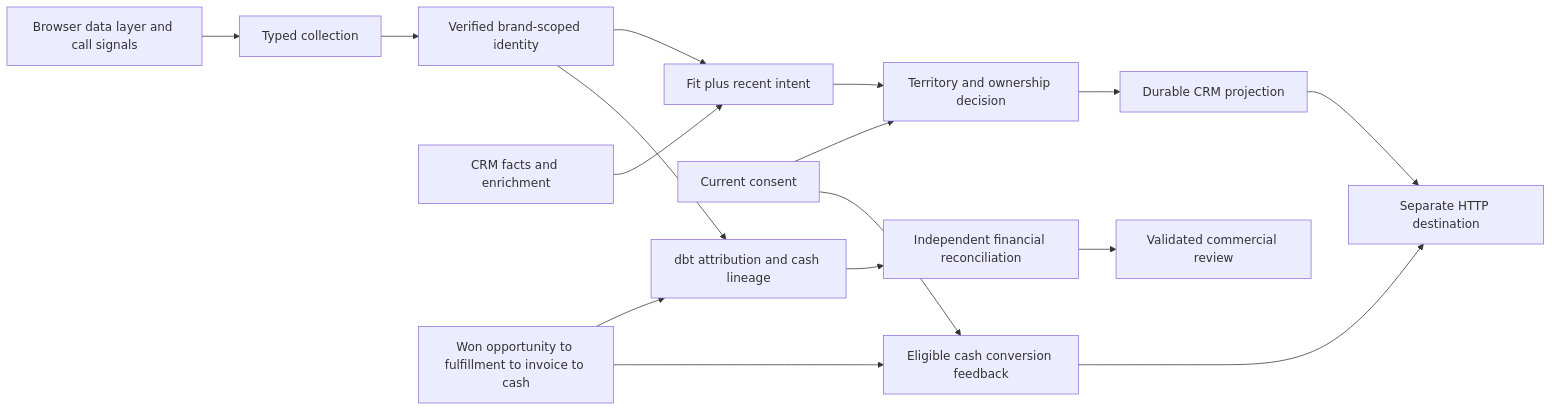
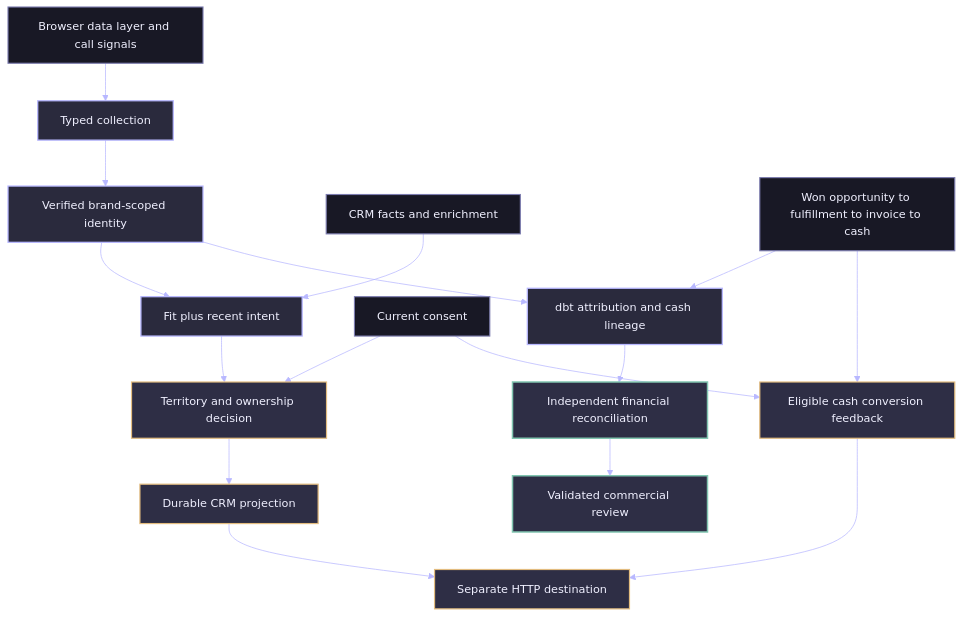
One commit to rlbsem/customer-signal-activation changed the diagram in README.md. Above: the diagram before and after it, drawn with Mermaid. The commit also changed 4 other files, not shown here.

First line of the commit message:
Brand architecture diagrams with Groundbreakers visual system (#2)

````diff
--- a/README.md
+++ b/README.md
@@ -23,18 +23,28 @@
 ```mermaid
-flowchart LR
+%%{init: {"theme":"base","themeVariables":{"background":"#10101D","primaryColor":"#2A2A3D","primaryTextColor":"#F0F0FF","primaryBorderColor":"#7C7CAF","lineColor":"#B8B8FF","textColor":"#F0F0FF","secondaryColor":"#181825","tertiaryColor":"#2E2E45","fontFamily":"IBM Plex Sans, Arial, sans-serif","fontSize":"15px","edgeLabelBackground":"#10101D"}}}%%
+flowchart TB
   W[Browser data layer and call signals] --> C[Typed collection]
   C --> I[Verified brand-scoped identity]
   E[CRM facts and enrichment] --> D[Fit plus recent intent]
   I --> D
   D --> R[Territory and ownership decision]
   P[Current consent] --> R
   R --> Q[Durable CRM projection]
   Q --> H[Separate HTTP destination]
   F[Won opportunity to fulfillment to invoice to cash] --> A[dbt attribution and cash lineage]
   I --> A
   A --> V[Independent financial reconciliation]
   F --> O[Eligible cash conversion feedback]
   P --> O
   O --> H
   V --> B[Validated commercial review]
+  classDef source fill:#181825,stroke:#7C7CAF,color:#F0F0FF,stroke-width:1.5px
+  classDef identity fill:#2A2A3D,stroke:#B8B8FF,color:#F0F0FF,stroke-width:1.7px
+  classDef authority fill:#2E2E45,stroke:#E3BC7F,color:#F0F0FF,stroke-width:1.6px
+  classDef verified fill:#2E2E45,stroke:#81C5B0,color:#F0F0FF,stroke-width:2px
+  class W,E,P,F source
+  class C,I,D,A identity
+  class R,Q,O,H authority
+  class V,B verified
+
 ```
````
